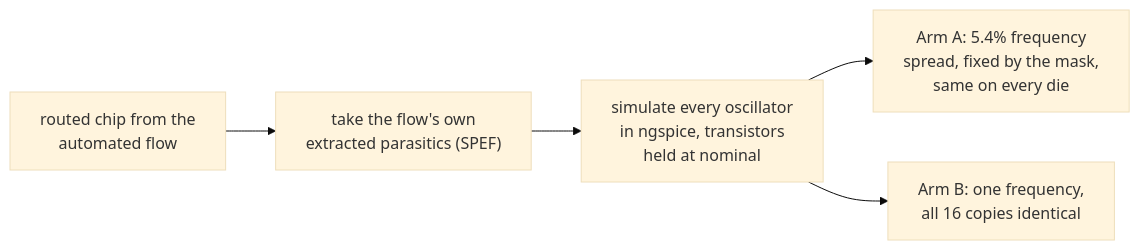
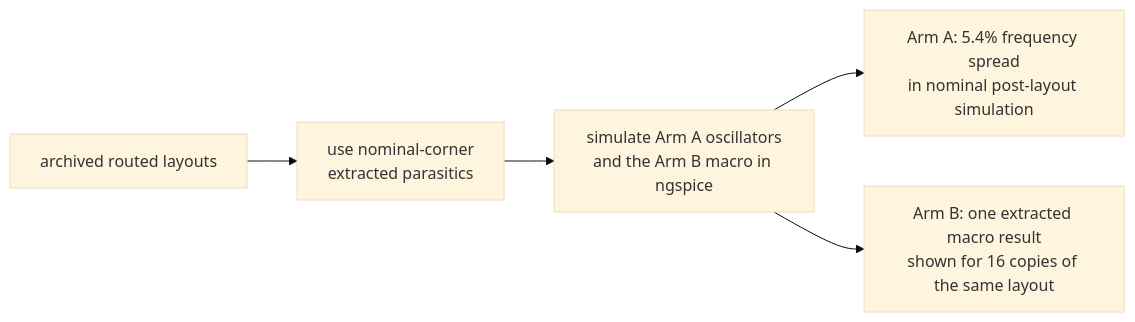
One commit to nikodemetrashvili2010-bit/tt-ro-puf changed the diagram in README.md. Above: the diagram before and after it, drawn with Mermaid (base theme). The commit also changed other lines of this file and 221 other files, not shown here.

````diff
--- a/README.md
+++ b/README.md
@@ -29,7 +36,7 @@
 ```mermaid
 flowchart LR
-    A["routed chip from the\nautomated flow"] --> B["take the flow's own\nextracted parasitics (SPEF)"]
-    B --> C["simulate every oscillator\nin ngspice, transistors\nheld at nominal"]
-    C --> D["Arm A: 5.4% frequency\nspread, fixed by the mask,\nsame on every die"]
-    C --> E["Arm B: one frequency,\nall 16 copies identical"]
+    A["archived routed layouts"] --> B["use nominal-corner\nextracted parasitics"]
+    B --> C["simulate Arm A oscillators\nand the Arm B macro in ngspice"]
+    C --> D["Arm A: 5.4% frequency spread\nin nominal post-layout simulation"]
+    C --> E["Arm B: one extracted macro result\nshown for 16 copies of the same layout"]
 ```
````
